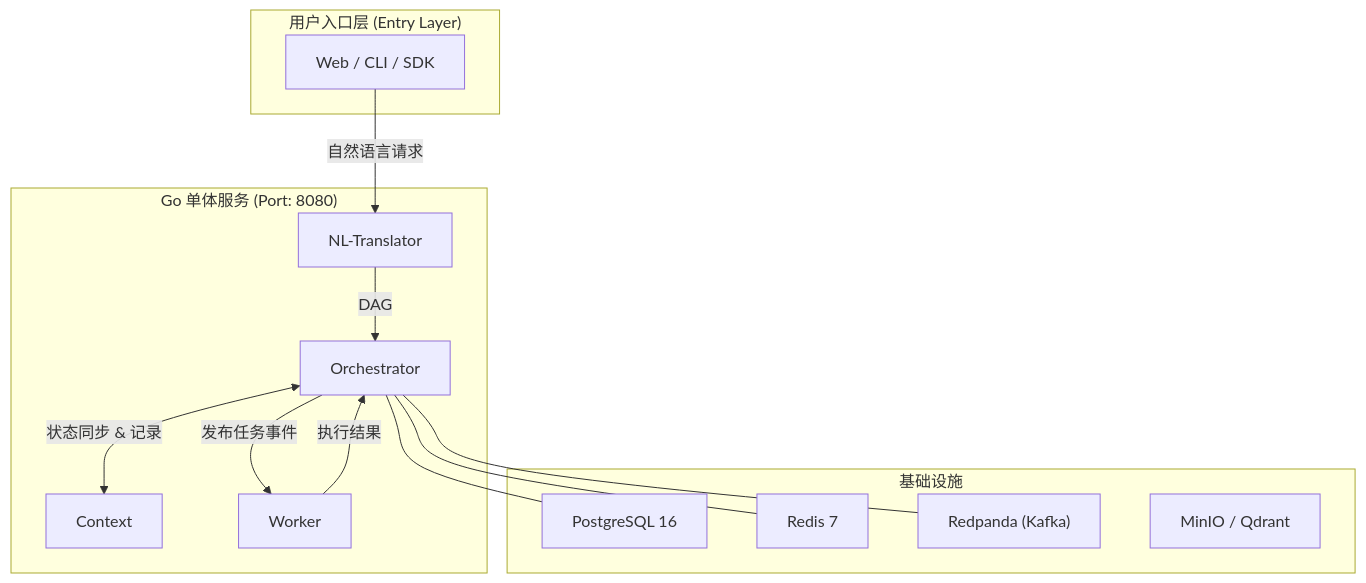
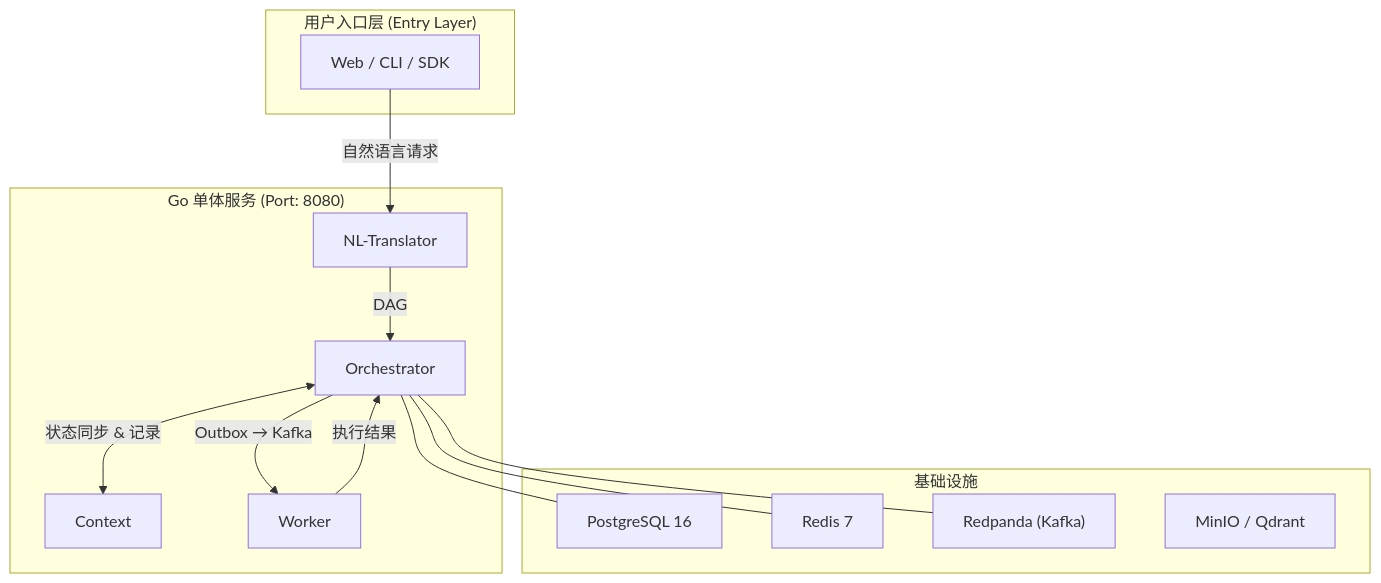
Before and after one commit to SUSTechWLA/lingxi-ai-operation-system: the diagram in README.md, drawn with Mermaid. The commit also changed other lines of this file and 24 other files, not shown here.

````diff
--- a/README.md
+++ b/README.md
@@ -49,29 +49,29 @@
 ```mermaid
 graph TD
     subgraph "用户入口层 (Entry Layer)"
         A[Web / CLI / SDK]
     end
 
     subgraph "Go 单体服务 (Port: 8080)"
         B["NL-Translator"]
         C["Orchestrator"]
         D["Context"]
         E["Worker"]
     end
 
     subgraph "基础设施"
         F["PostgreSQL 16"]
         G["Redis 7"]
         H["Redpanda (Kafka)"]
         I["MinIO / Qdrant"]
     end
 
     A -->|"自然语言请求"| B
     B -->|"DAG"| C
     C <-->|"状态同步 & 记录"| D
-    C -->|"发布任务事件"| E
+    C -->|"Outbox → Kafka"| E
     E -->|"执行结果"| C
     C --- F
     C --- G
     C --- H
 ```
````
